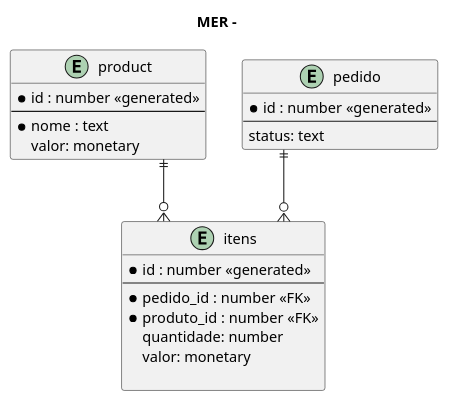
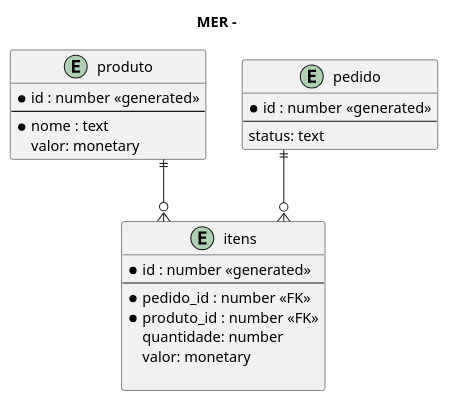
Before and after one commit to sCima/study-apir: the diagram in docs/mer.puml, drawn with PlantUML. The commit also changed 1 other file, not shown here.

Commit message:
feat: update diagram

```diff
--- a/docs/mer.puml
+++ b/docs/mer.puml
@@ -1,33 +1,33 @@
 @startuml diagram
 
 title MER - 
 
 skinparam linetype ortho
 
-entity "product" as product {
+entity "produto" as produto {
   *id : number <<generated>>
   --
   *nome : text
   valor: monetary
 }
 
 entity "pedido" as pedido {
   *id : number <<generated>>
   --
   status: text
 }
 
 entity "itens" as itens {
   *id : number <<generated>>
   --
   *pedido_id : number <<FK>>
   *produto_id : number <<FK>>
   quantidade: number
   valor: monetary
  
 }
 
-product ||--o{ itens
+produto ||--o{ itens
 pedido ||--o{ itens
 
 @enduml
```
